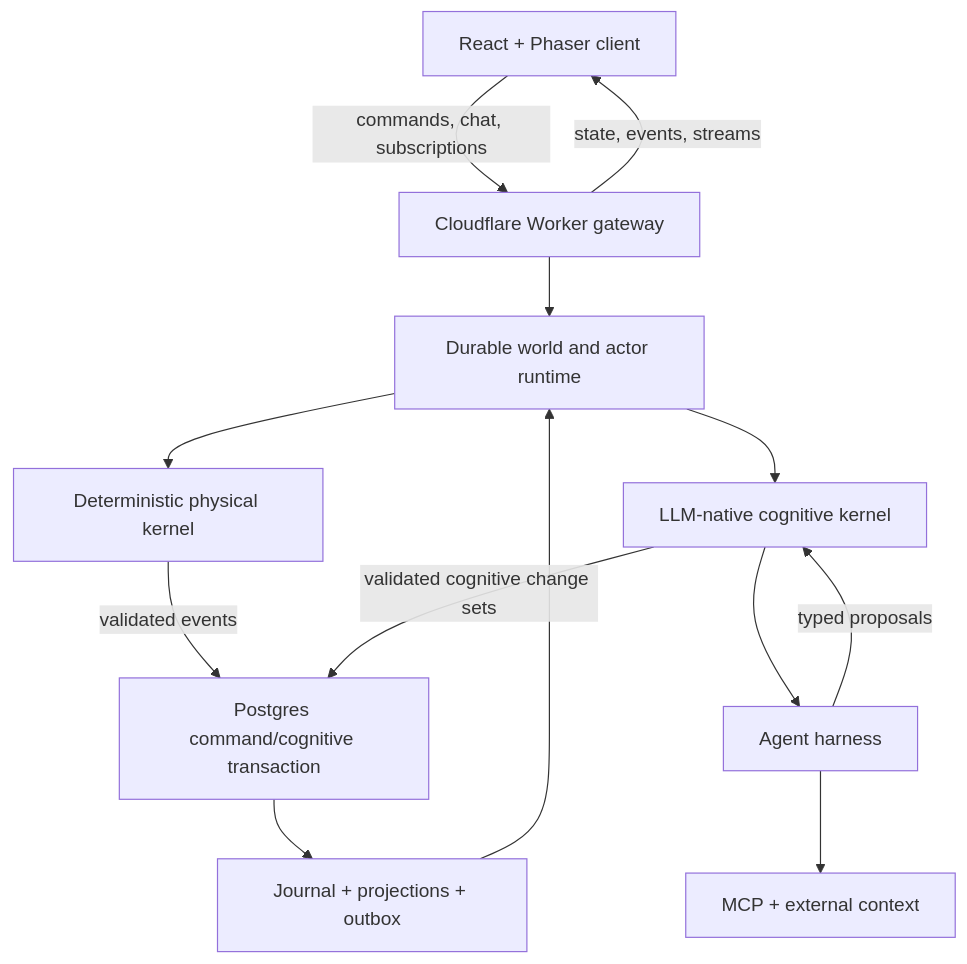
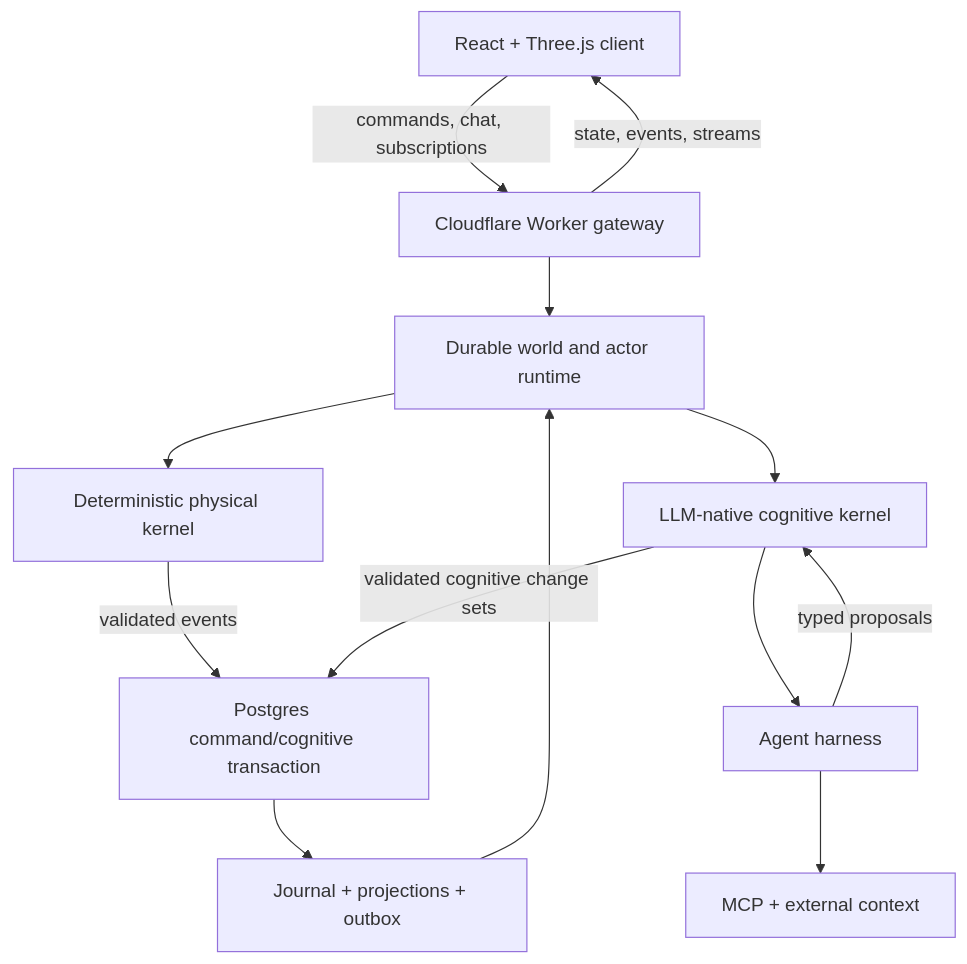
The diagram in docs/clockgrove-prd-v0.5.md (clockgrove/clockgrove), drawn with Mermaid before and after one commit. The commit also changed other lines of this file and 23 other files, not shown here.

````diff
--- a/docs/clockgrove-prd-v0.5.md
+++ b/docs/clockgrove-prd-v0.5.md
@@ -2562,25 +2562,25 @@
 ```mermaid
 flowchart TD
-    Client["React + Phaser client"]
+    Client["React + Three.js client"]
     Gateway["Cloudflare Worker gateway"]
     Runtime["Durable world and actor runtime"]
     Physical["Deterministic physical kernel"]
     Cognitive["LLM-native cognitive kernel"]
     Harness["Agent harness"]
     MCP["MCP + external context"]
     Tx["Postgres command/cognitive transaction"]
     Data["Journal + projections + outbox"]
 
     Client -->|commands, chat, subscriptions| Gateway
     Gateway -->|state, events, streams| Client
     Gateway --> Runtime
     Runtime --> Physical
     Runtime --> Cognitive
     Cognitive --> Harness
     Harness --> MCP
     Harness -->|typed proposals| Cognitive
     Physical -->|validated events| Tx
     Cognitive -->|validated cognitive change sets| Tx
     Tx --> Data
     Data --> Runtime
 ```
````
